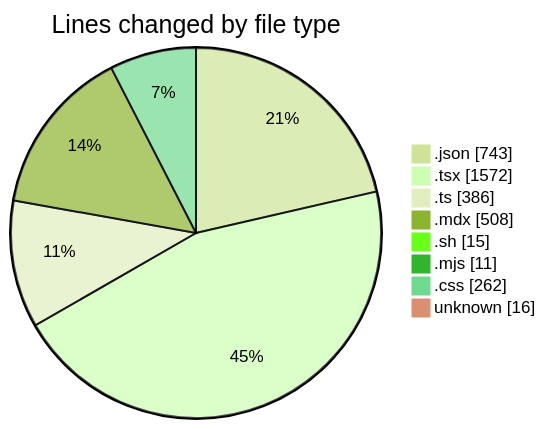
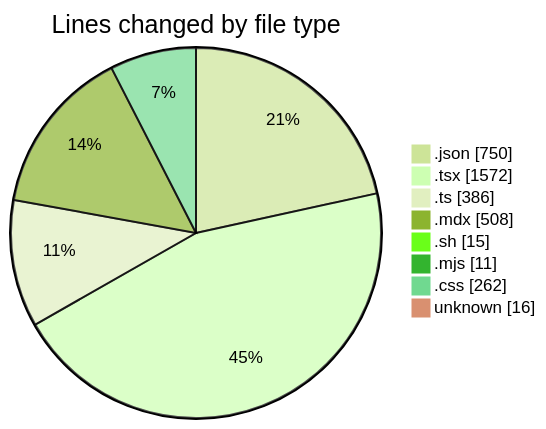
Before and after one commit to Elitesun/code-tracking: the first of 2 diagrams in 2025-05-01/niten/README.md, drawn with Mermaid (forest theme). The commit also changed other lines of this file and 1 other file, not shown here.

````diff
--- a/2025-05-01/niten/README.md
+++ b/2025-05-01/niten/README.md
@@ -60,12 +61,12 @@
 ```mermaid
 pie showData
 title Lines changed by file type
-".json" : 743
+".json" : 750
 ".tsx" : 1572
 ".ts" : 386
 ".mdx" : 508
 ".sh" : 15
 ".mjs" : 11
 ".css" : 262
 "unknown" : 16
 ```
````
